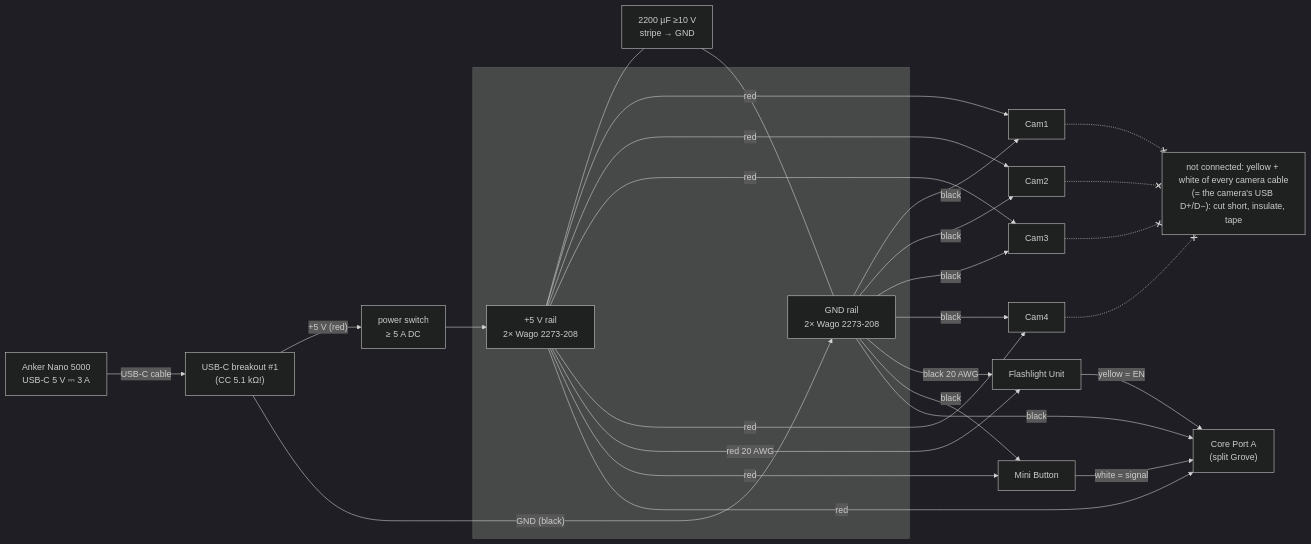
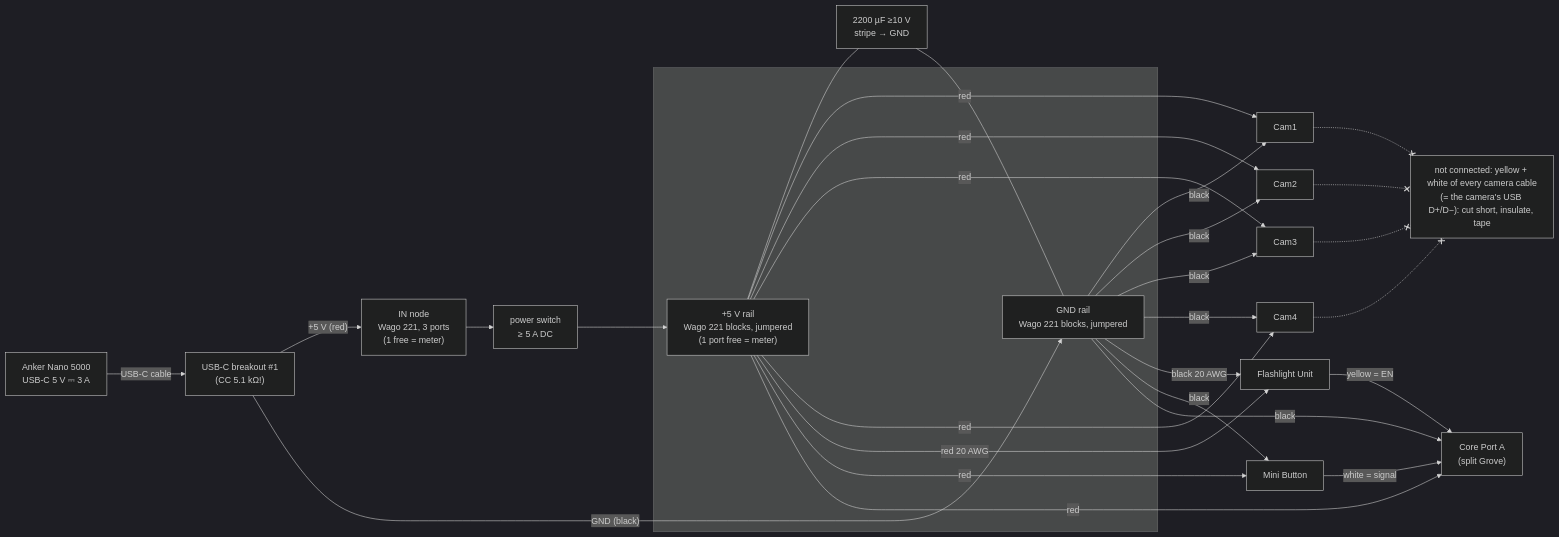
Before and after one commit to qurle/x4: the diagram in docs/WIRING.md, drawn with Mermaid (dark theme). The commit also changed other lines of this file and 11 other files, not shown here.

First line of the commit message:
Wago 221 rail with an IN node; step 7 shows the flash dip

````diff
--- a/docs/WIRING.md
+++ b/docs/WIRING.md
@@ -12,24 +12,25 @@
 ```mermaid
 flowchart LR
   BANK["Anker Nano 5000<br/>USB-C 5 V ⎓ 3 A"] -->|USB-C cable| BRK["USB-C breakout #1<br/>(CC 5.1 kΩ!)"]
-  BRK -->|"+5 V (red)"| SW["power switch<br/>≥ 5 A DC"]
+  BRK -->|"+5 V (red)"| IN["IN node<br/>Wago 221, 3 ports<br/>(1 free = meter)"]
+  IN --> SW["power switch<br/>≥ 5 A DC"]
   BRK -->|"GND (black)"| GRAIL
-  SW --> PRAIL["+5 V rail<br/>2× Wago 2273-208"]
+  SW --> PRAIL["+5 V rail<br/>Wago 221 blocks, jumpered<br/>(1 port free = meter)"]
   subgraph rails[" "]
     PRAIL
-    GRAIL["GND rail<br/>2× Wago 2273-208"]
+    GRAIL["GND rail<br/>Wago 221 blocks, jumpered"]
   end
   CAP["2200 µF ≥10 V<br/>stripe → GND"]
   PRAIL --- CAP --- GRAIL
   PRAIL -->|red| C1[Cam1] & C2[Cam2] & C3[Cam3] & C4[Cam4]
   GRAIL -->|black| C1 & C2 & C3 & C4
   PRAIL -->|"red 20 AWG"| FL[Flashlight Unit]
   GRAIL -->|"black 20 AWG"| FL
   PRAIL -->|red| BTN[Mini Button]
   GRAIL -->|black| BTN
   PRAIL -->|"red"| PA["Core Port A<br/>(split Grove)"]
   GRAIL -->|"black"| PA
   FL -->|"yellow = EN"| PA
   BTN -->|"white = signal"| PA
   C1 & C2 & C3 & C4 -.-x NC["not connected: yellow + white of every camera cable<br/>(= the camera's USB D+/D−): cut short, insulate, tape"]
 ```
````
